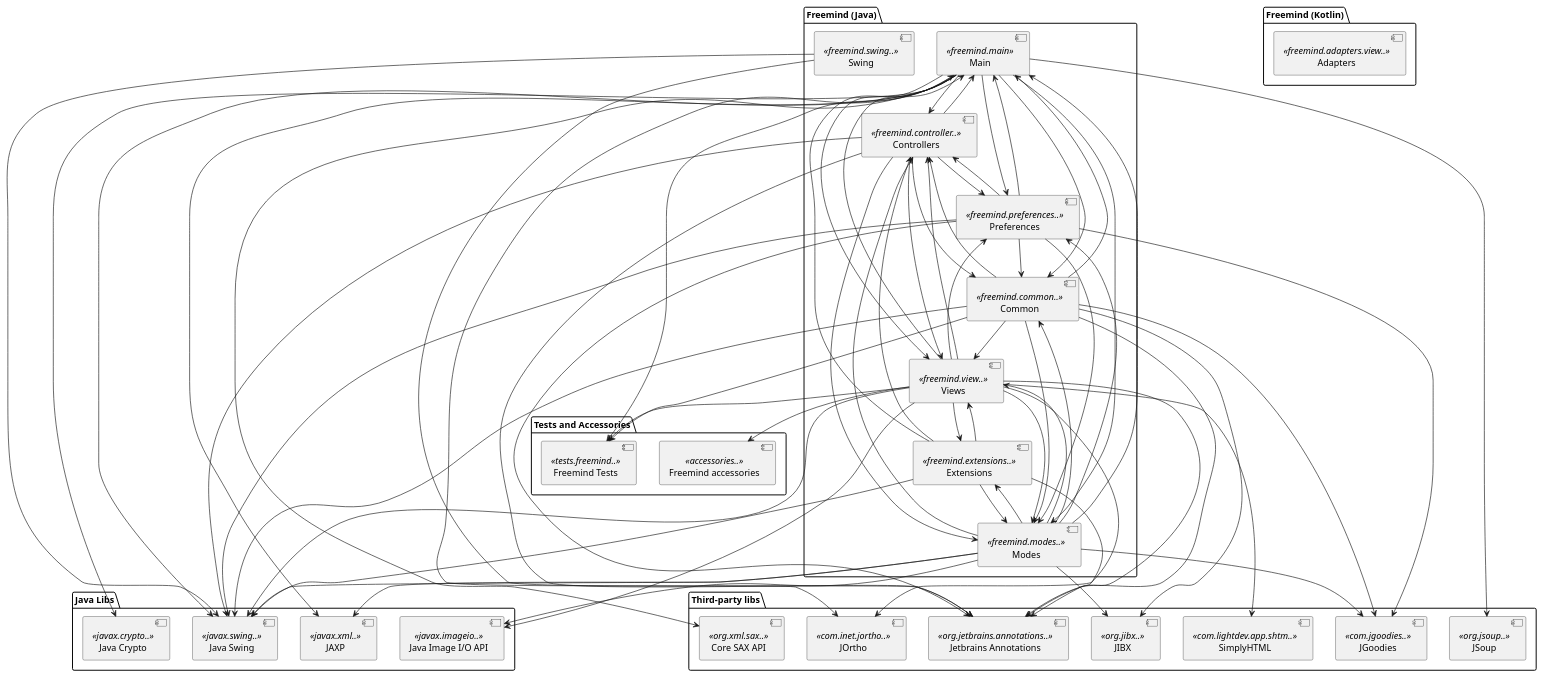
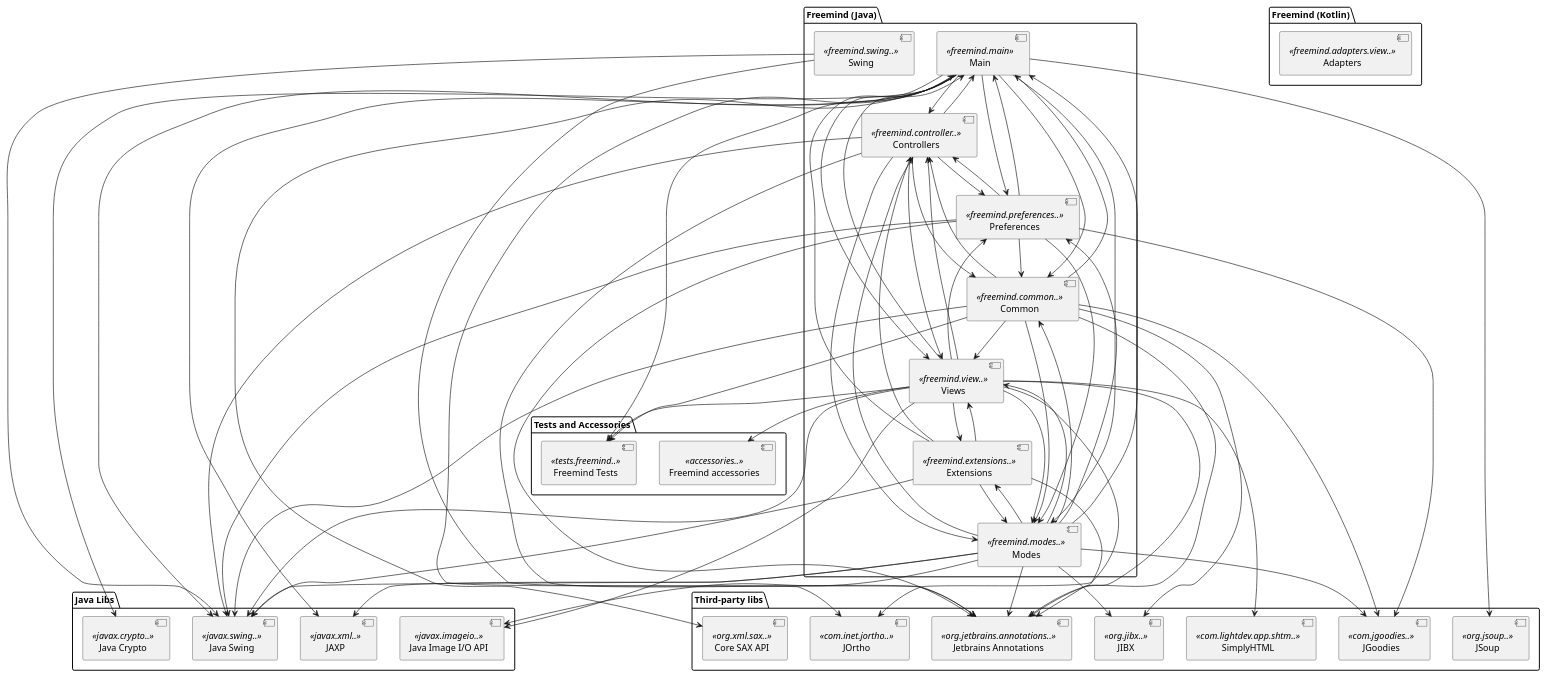
One commit to d4span/freemind-old changed the diagram in uml/Freemind.puml. Above: the diagram before and after it, drawn with PlantUML. The commit also changed 21 other files, not shown here.

```diff
--- a/uml/Freemind.puml
+++ b/uml/Freemind.puml
@@ -1,114 +1,115 @@
 @startuml Freemind
 
 package "Freemind (Java)" {
     [Main] <<freemind.main>>
     [Controllers] <<freemind.controller..>>
     [Modes] <<freemind.modes..>>
     [Views] <<freemind.view..>>
     [Common] <<freemind.common..>>
     [Preferences] <<freemind.preferences..>>
     [Extensions] <<freemind.extensions..>>
     [Swing] <<freemind.swing..>>
 }
 
 package "Freemind (Kotlin)" {
     [Adapters] <<freemind.adapters.view..>>
 }
 
 package "Tests and Accessories" {
     [Freemind Tests] <<tests.freemind..>>
     [Freemind accessories] <<accessories..>>
 }
 
 package "Java Libs" {
     [Java Swing] <<javax.swing..>>
     [JAXP] <<javax.xml..>>
     [Java Crypto] <<javax.crypto..>>
     [Java Image I/O API] <<javax.imageio..>>
 }
 
 package "Third-party libs" {
     [JSoup] <<org.jsoup..>>
     [JOrtho] <<com.inet.jortho..>>
     [SimplyHTML] <<com.lightdev.app.shtm..>>
     [JIBX] <<org.jibx..>>
     [JGoodies] <<com.jgoodies..>>
     [Core SAX API] <<org.xml.sax..>>
     [Jetbrains Annotations] <<org.jetbrains.annotations..>>
 }
 
 [Swing] --> [Java Swing]
 [Swing] --> [Jetbrains Annotations]
 
 [Common] --> [Main]
 [Common] --> [Modes]
 [Common] --> [Controllers]
 [Common] --> [Views]
 [Common] --> [Freemind Tests]
 [Common] --> [Java Swing]
 [Common] --> [JIBX]
 [Common] --> [JGoodies]
 [Common] --> [Jetbrains Annotations]
 
 [Controllers] --> [Views]
 [Controllers] --> [Common]
 [Controllers] --> [Main]
 [Controllers] --> [Modes]
 [Controllers] --> [Preferences]
 [Controllers] --> [Java Swing]
 [Controllers] --> [Jetbrains Annotations]
 
 [Extensions] --> [Main]
 [Extensions] --> [Views]
 [Extensions] --> [Controllers]
 [Extensions] --> [Modes]
 [Extensions] --> [Java Swing]
 [Extensions] --> [Jetbrains Annotations]
 
 [Views] --> [Controllers]
 [Views] --> [Extensions]
 [Views] --> [Freemind accessories]
 [Views] --> [Freemind Tests]
 [Views] --> [Java Swing]
 [Views] --> [Java Image I/O API]
 [Views] --> [Modes]
 [Views] --> [Main]
 [Views] --> [Preferences]
 [Views] --> [JOrtho]
 [Views] --> [SimplyHTML]
 [Views] --> [Jetbrains Annotations]
 
 [Preferences] --> [Common]
 [Preferences] --> [Main]
 [Preferences] --> [Modes]
 [Preferences] --> [JGoodies]
 [Preferences] --> [Controllers]
 [Preferences] --> [Java Swing]
 [Preferences] --> [Jetbrains Annotations]
 
 [Modes] --> [Preferences]
 [Modes] --> [Controllers]
 [Modes] --> [Views]
 [Modes] --> [Main]
 [Modes] --> [Extensions]
 [Modes] --> [Common]
 [Modes] --> [Java Swing]
 [Modes] --> [JAXP]
 [Modes] --> [JIBX]
 [Modes] --> [Java Image I/O API]
 [Modes] --> [JGoodies]
+[Modes] --> [Jetbrains Annotations]
 
 [Main] --> [Preferences]
 [Main] --> [Common]
 [Main] --> [Views]
 [Main] --> [Controllers]
 [Main] --> [Modes]
 [Main] --> [Java Swing]
 [Main] --> [JSoup]
 [Main] --> [JAXP]
 [Main] --> [Java Crypto]
 [Main] --> [JOrtho]
 [Main] --> [Core SAX API]
 [Main] --> [Freemind Tests]
 
 @enduml
```
